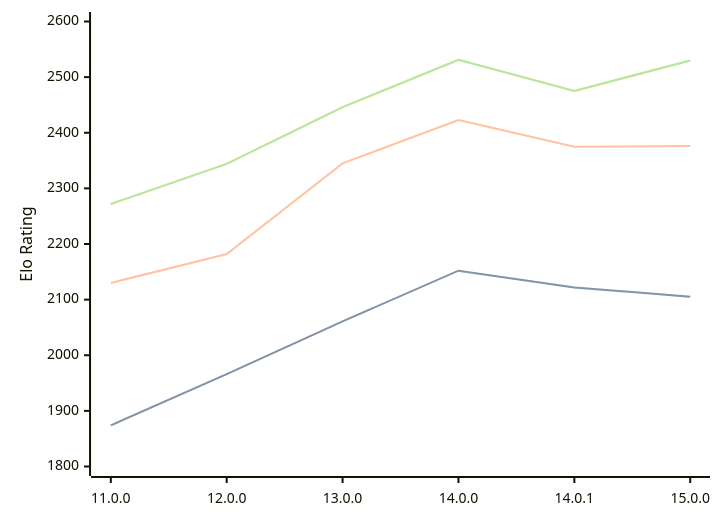
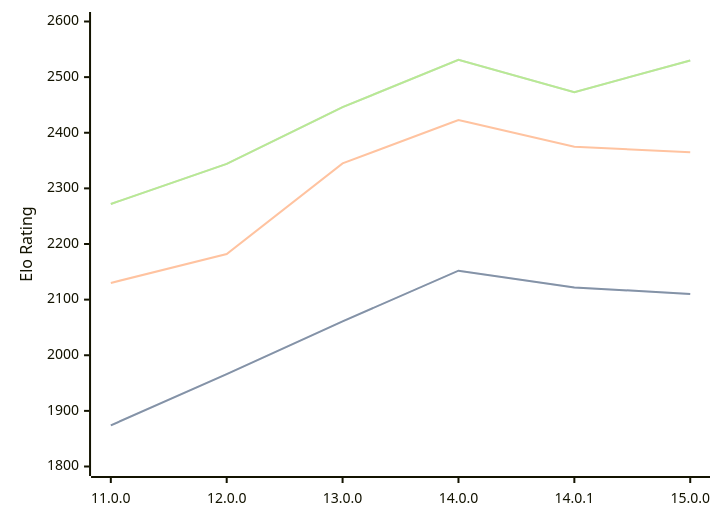
The diagram in engines/Cepimetheus.md (computer-chess-index/cci), drawn with Mermaid before and after one commit. The commit also changed other lines of this file, not shown here.

Commit message:
Update CCI Ratings (ELO VLTC) - 2026-08-17

````diff
--- a/engines/Cepimetheus.md
+++ b/engines/Cepimetheus.md
@@ -66,11 +66,11 @@
 ```mermaid
 %%{init: {"theme":"base","themeVariables":{"seriesColors:['#a3a3a3','#222221','#faa371']}}}%%
 xychart-beta
   x-axis ["11.0.0", "12.0.0", "13.0.0", "14.0.0", "14.0.1", "15.0.0"]
   y-axis "Elo Rating" 1800 --> 2600
-  line "STC (8.0+0.08s)" [1874, 1966, 2061, 2152, 2122, 2105]
-  line "STC (8.0+0.08s)" [1874, 1966, 2061, 2152, 2122, 2105]
-  line "LTC (60.0+0.60s)" [2130, 2182, 2345, 2423, 2375, 2376]
-  line "VLTC (2m24s+1.12s)" [2272, 2344, 2446, 2531, 2475, 2530]
-  line "VLTC (2m24s+1.12s)" [2272, 2344, 2446, 2531, 2475, 2530]
+  line "STC (8.0+0.08s)" [1874, 1966, 2061, 2152, 2122, 2110]
+  line "STC (8.0+0.08s)" [1874, 1966, 2061, 2152, 2122, 2110]
+  line "LTC (60.0+0.60s)" [2130, 2182, 2345, 2423, 2375, 2365]
+  line "VLTC (2m24s+1.12s)" [2272, 2344, 2446, 2531, 2473, 2530]
+  line "VLTC (2m24s+1.12s)" [2272, 2344, 2446, 2531, 2473, 2530]
 ```
````
